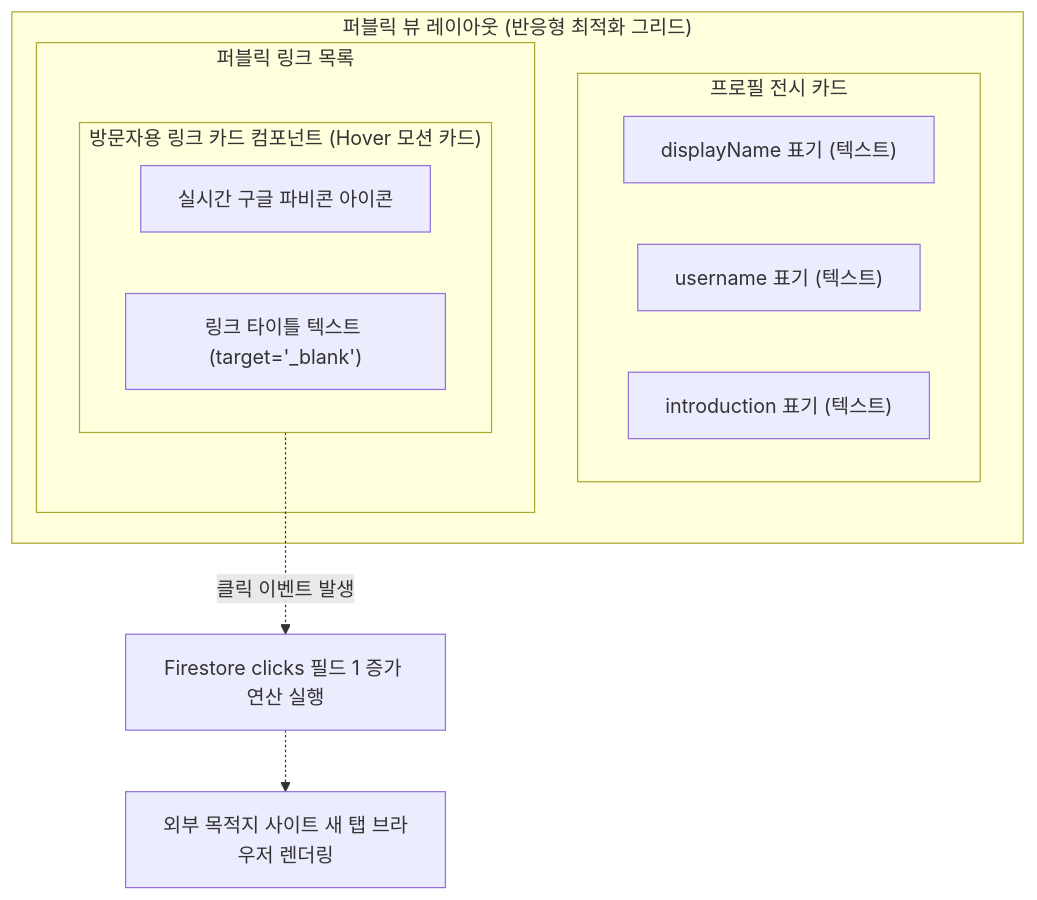
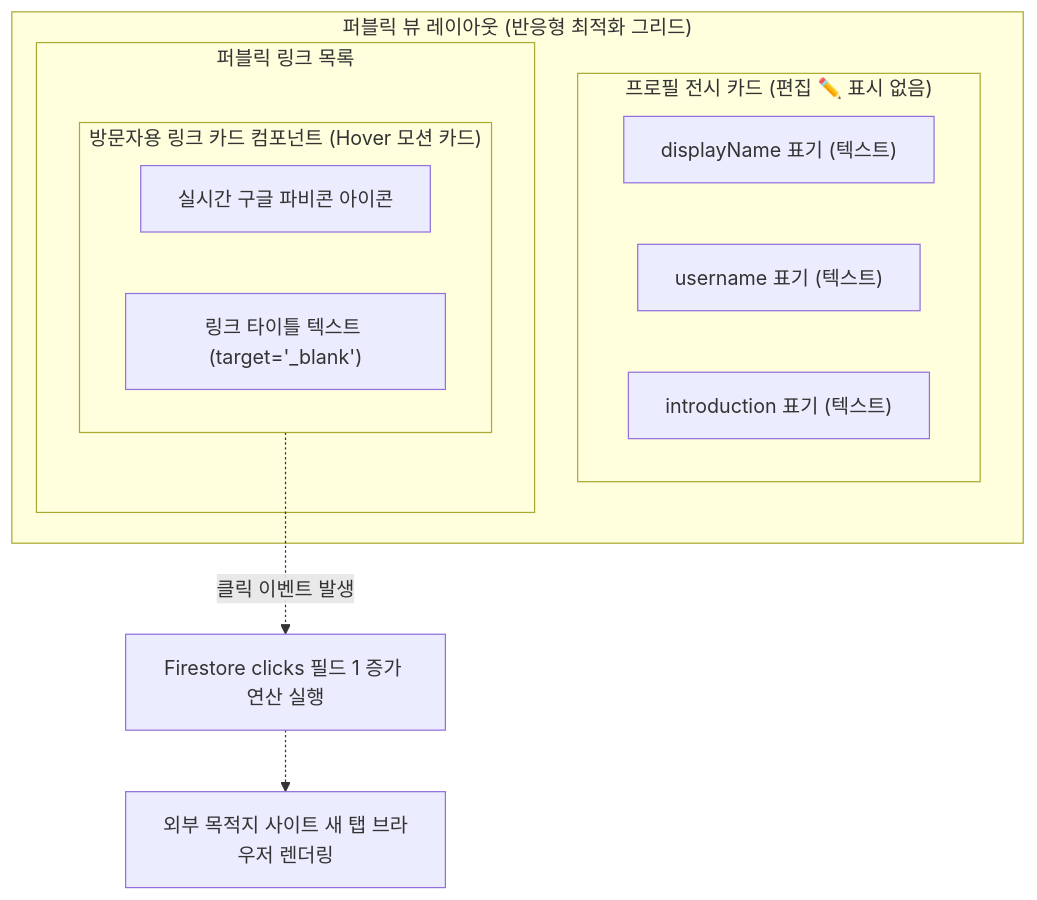
The third of 3 diagrams in docs/WIREFRAME.md (hyeonjeong1213/my-link), drawn with Mermaid before and after one commit. The commit also changed other lines of this file and 1 other file, not shown here.

````diff
--- a/docs/WIREFRAME.md
+++ b/docs/WIREFRAME.md
@@ -148,20 +150,20 @@
 ```mermaid
 graph TB
     subgraph PublicLayout["퍼블릭 뷰 레이아웃 (반응형 최적화 그리드)"]
-        subgraph PublicProfile["프로필 전시 카드"]
+        subgraph PublicProfile["프로필 전시 카드 (편집 ✏️ 표시 없음)"]
             PubDispName["displayName 표기 (텍스트)"]
             PubUsername["username 표기 (텍스트)"]
             PubIntro["introduction 표기 (텍스트)"]
         end
 
         subgraph PublicLinkList["퍼블릭 링크 목록"]
             subgraph PublicLinkCard["방문자용 링크 카드 컴포넌트 (Hover 모션 카드)"]
                 PubFavicon["실시간 구글 파비콘 아이콘"]
                 PubTitle["링크 타이틀 텍스트 (target='_blank')"]
             end
         end
     end
 
     PublicLinkCard -.->|클릭 이벤트 발생| IncrementEvent["Firestore clicks 필드 1 증가 연산 실행"]
     IncrementEvent -.-> Redirect["외부 목적지 사이트 새 탭 브라우저 렌더링"]
 ```
````
